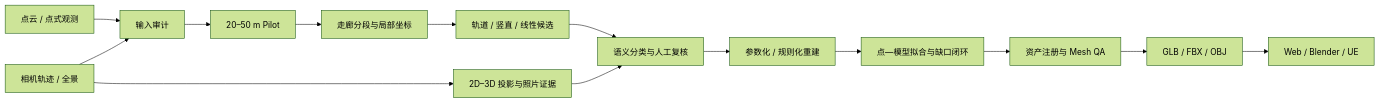
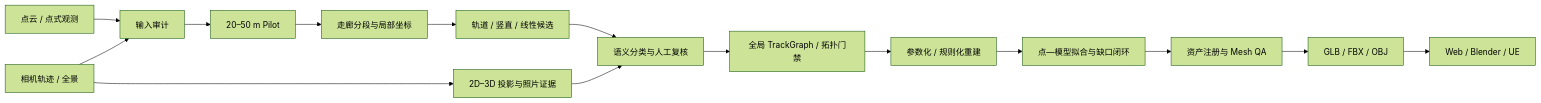
Before and after one commit to Zayne1119/railway-scene-reconstruction-kit: the diagram in README.md, drawn with Mermaid (forest theme). The commit also changed other lines of this file and 168 other files, not shown here.

````diff
--- a/README.md
+++ b/README.md
@@ -34,16 +45,17 @@
 ```mermaid
 flowchart LR
     A[点云 / 点式观测] --> C[输入审计]
     B[相机轨迹 / 全景] --> C
     C --> D[20–50 m Pilot]
     D --> E[走廊分段与局部坐标]
     E --> F[轨道 / 竖直 / 线性候选]
     B --> G[2D–3D 投影与照片证据]
     F --> H[语义分类与人工复核]
     G --> H
-    H --> I[参数化 / 规则化重建]
+    H --> T[全局 TrackGraph / 拓扑门禁]
+    T --> I[参数化 / 规则化重建]
     I --> J[点—模型拟合与缺口闭环]
     J --> K[资产注册与 Mesh QA]
     K --> L[GLB / FBX / OBJ]
     L --> M[Web / Blender / UE]
 ```
````
